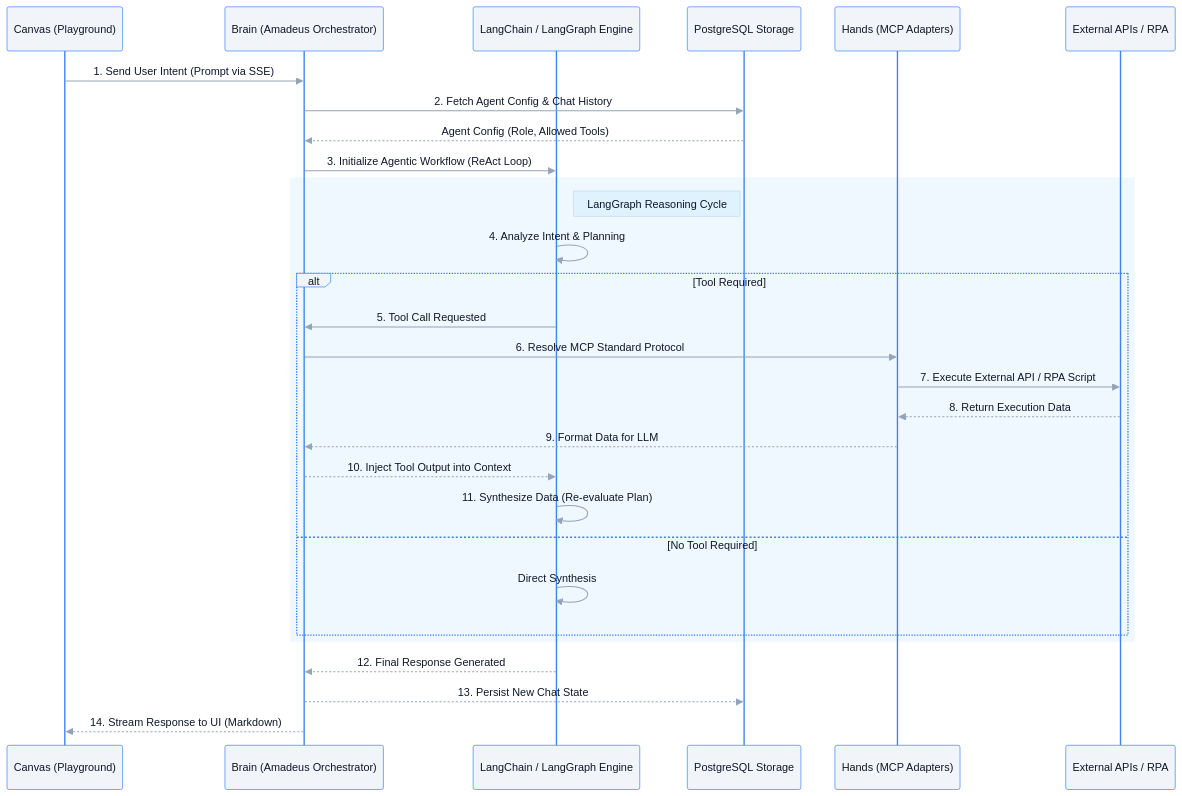
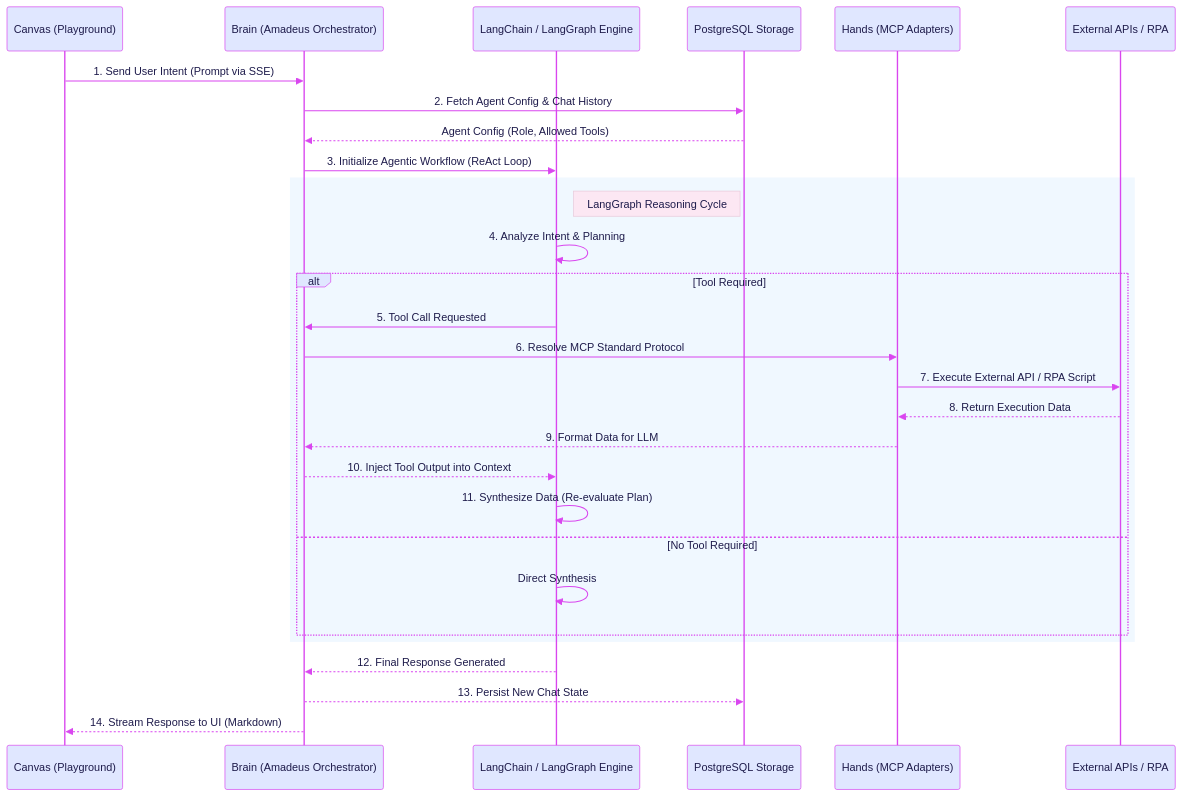
One commit to Engineering-Reality/kachponz changed the first of 4 diagrams in README.md. Above: the diagram before and after it, drawn with Mermaid. The commit also changed other lines of this file, not shown here.

Commit message:
docs: adjust mermaid theme colors to vibrant brand colors with light backgrounds for readability

````diff
--- a/README.md
+++ b/README.md
@@ -60,36 +60,36 @@
 ```mermaid
-%%{init: {'theme': 'base', 'themeVariables': { 'primaryColor': '#f8fafc', 'primaryTextColor': '#0f172a', 'primaryBorderColor': '#3b82f6', 'lineColor': '#94a3b8', 'noteBkgColor': '#e0f2fe', 'noteTextColor': '#0f172a', 'actorBkg': '#f1f5f9', 'actorTextColor': '#0f172a', 'signalColor': '#94a3b8'}}}%%
+%%{init: {'theme': 'base', 'themeVariables': { 'primaryColor': '#F3E8FF', 'primaryTextColor': '#1E1B4B', 'primaryBorderColor': '#D946EF', 'lineColor': '#3B82F6', 'noteBkgColor': '#FCE7F3', 'noteTextColor': '#1E1B4B', 'actorBkg': '#E0E7FF', 'actorTextColor': '#1E1B4B', 'signalColor': '#D946EF'}}}%%
 sequenceDiagram
     participant User as Canvas (Playground)
     participant Core as Brain (Amadeus Orchestrator)
     participant LC as LangChain / LangGraph Engine
     participant DB as PostgreSQL Storage
     participant MCP as Hands (MCP Adapters)
     participant External as External APIs / RPA
 
     User->>Core: 1. Send User Intent (Prompt via SSE)
     Core->>DB: 2. Fetch Agent Config & Chat History
     DB-->>Core: Agent Config (Role, Allowed Tools)
     Core->>LC: 3. Initialize Agentic Workflow (ReAct Loop)
     
     rect rgb(240, 248, 255)
         note right of LC: LangGraph Reasoning Cycle
         LC->>LC: 4. Analyze Intent & Planning
         
         alt Tool Required
             LC->>Core: 5. Tool Call Requested
             Core->>MCP: 6. Resolve MCP Standard Protocol
             MCP->>External: 7. Execute External API / RPA Script
             External-->>MCP: 8. Return Execution Data
             MCP-->>Core: 9. Format Data for LLM
             Core-->>LC: 10. Inject Tool Output into Context
             LC->>LC: 11. Synthesize Data (Re-evaluate Plan)
         else No Tool Required
             LC->>LC: Direct Synthesis
         end
     end
     
     LC-->>Core: 12. Final Response Generated
     Core-->>DB: 13. Persist New Chat State
     Core-->>User: 14. Stream Response to UI (Markdown)
 ```
````
